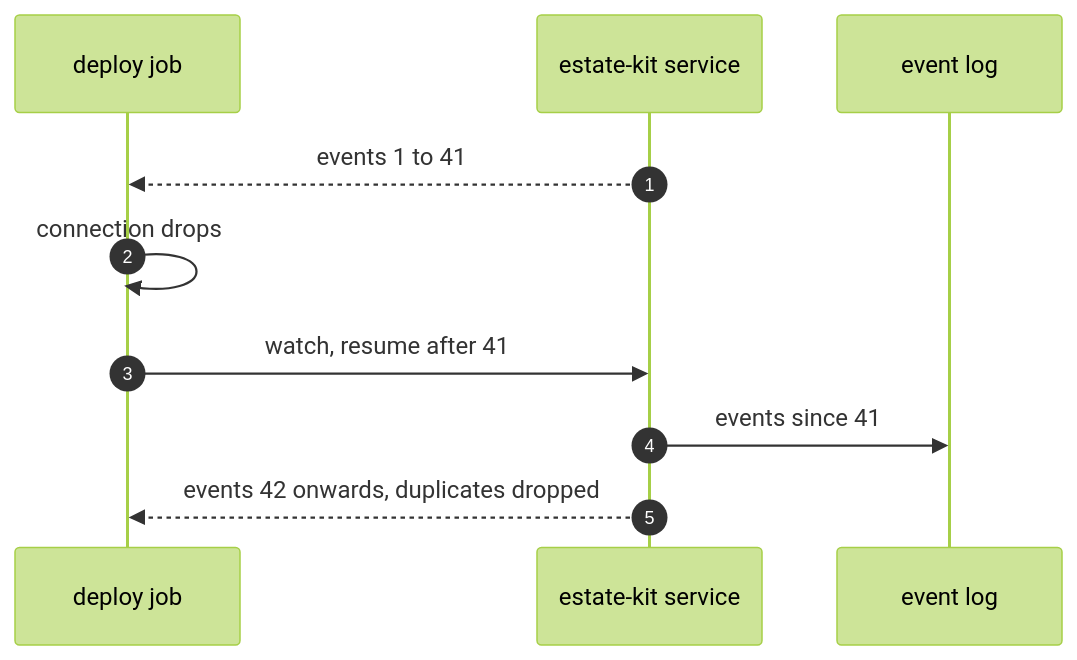
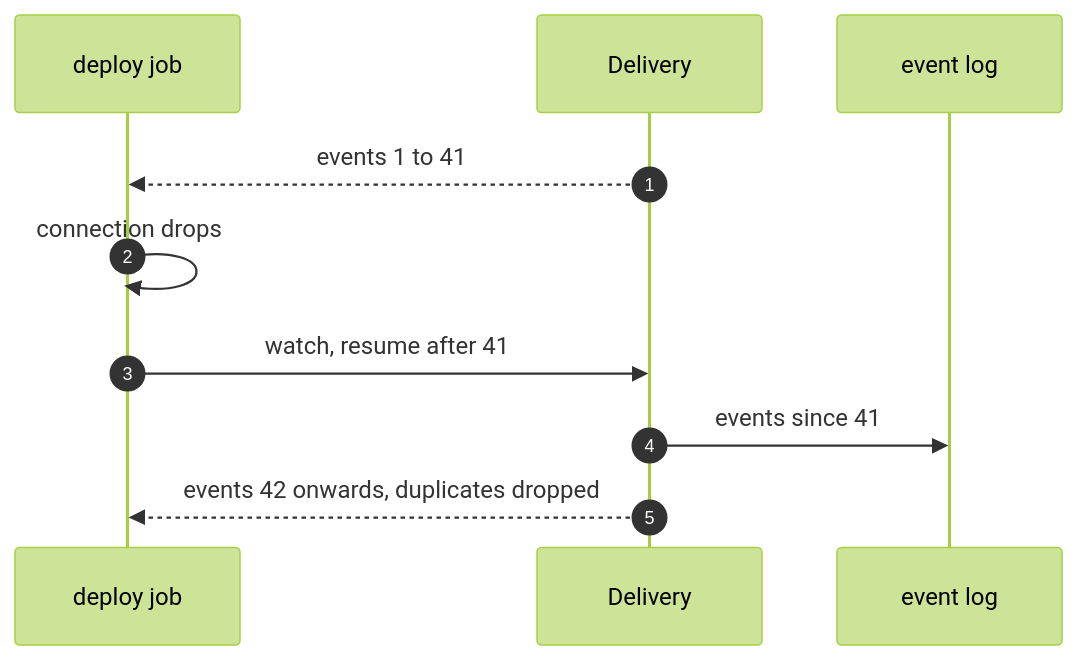
Before and after one commit to JorisJonkers-dev/estate-kit: the diagram in docs/diagrams/raw/seq-fail-stream.mmd, drawn with Mermaid (forest theme). The commit also changed 152 other files, not shown here.

First line of the commit message:
docs: rename the service to Delivery and add the evaluation's vocabulary (#158)

```diff
--- a/docs/diagrams/raw/seq-fail-stream.mmd
+++ b/docs/diagrams/raw/seq-fail-stream.mmd
@@ -1,11 +1,11 @@
 %% title: Failure: the event stream drops and resumes
 sequenceDiagram
     autonumber
     participant CI as deploy job
-    participant S as estate-kit service
+    participant S as Delivery
     participant DB as event log
     S-->>CI: events 1 to 41
     CI->>CI: connection drops
     CI->>S: watch, resume after 41
     S->>DB: events since 41
     S-->>CI: events 42 onwards, duplicates dropped
```
